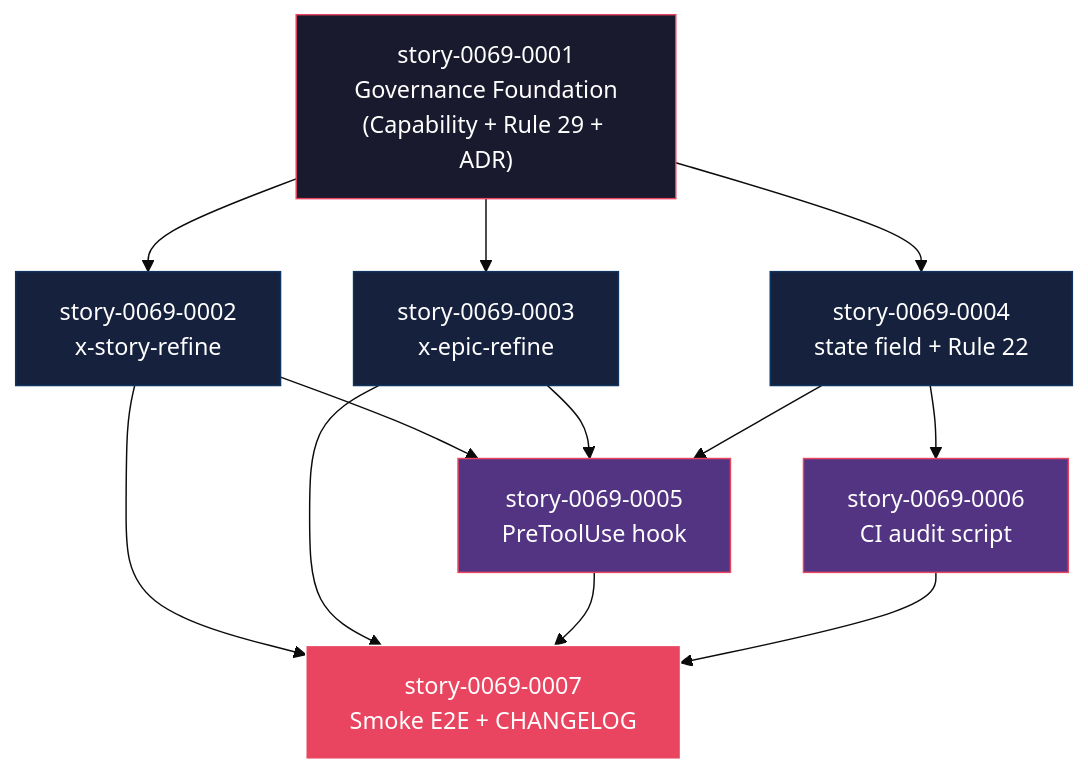
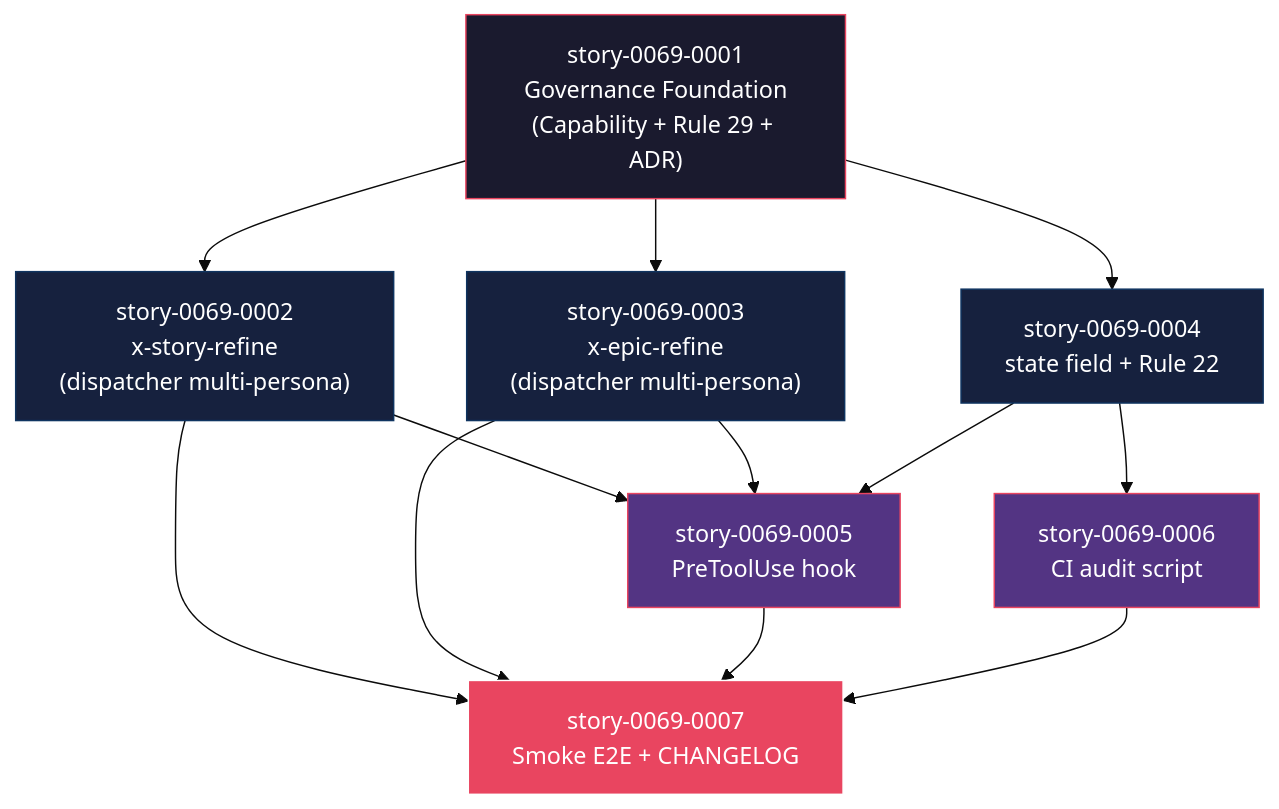
One commit to review-bench/edercnj_ia-dev-environment changed the diagram in ai/epics/epic-0069-refinement-and-dor-gate/IMPLEMENTATION-MAP.md. Above: the diagram before and after it, drawn with Mermaid (base theme). The commit also changed other lines of this file and 6794 other files, not shown here.

````diff
--- a/ai/epics/epic-0069-refinement-and-dor-gate/IMPLEMENTATION-MAP.md
+++ b/ai/epics/epic-0069-refinement-and-dor-gate/IMPLEMENTATION-MAP.md
@@ -89,32 +91,32 @@
 ```mermaid
 graph TD
     S0001["story-0069-0001<br/>Governance Foundation<br/>(Capability + Rule 29 + ADR)"]
-    S0002["story-0069-0002<br/>x-story-refine"]
-    S0003["story-0069-0003<br/>x-epic-refine"]
+    S0002["story-0069-0002<br/>x-story-refine<br/>(dispatcher multi-persona)"]
+    S0003["story-0069-0003<br/>x-epic-refine<br/>(dispatcher multi-persona)"]
     S0004["story-0069-0004<br/>state field + Rule 22"]
     S0005["story-0069-0005<br/>PreToolUse hook"]
     S0006["story-0069-0006<br/>CI audit script"]
     S0007["story-0069-0007<br/>Smoke E2E + CHANGELOG"]
 
     S0001 --> S0002
     S0001 --> S0003
     S0001 --> S0004
     S0002 --> S0005
     S0003 --> S0005
     S0004 --> S0005
     S0004 --> S0006
     S0002 --> S0007
     S0003 --> S0007
     S0005 --> S0007
     S0006 --> S0007
 
     classDef fase0 fill:#1a1a2e,stroke:#e94560,color:#fff
     classDef fase1 fill:#16213e,stroke:#0f3460,color:#fff
     classDef fase2 fill:#533483,stroke:#e94560,color:#fff
     classDef fase3 fill:#e94560,stroke:#fff,color:#fff
 
     class S0001 fase0
     class S0002,S0003,S0004 fase1
     class S0005,S0006 fase2
     class S0007 fase3
 ```
````
